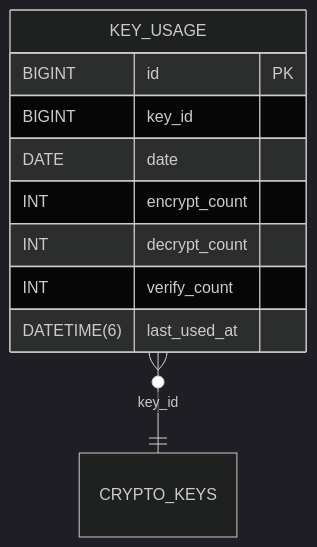
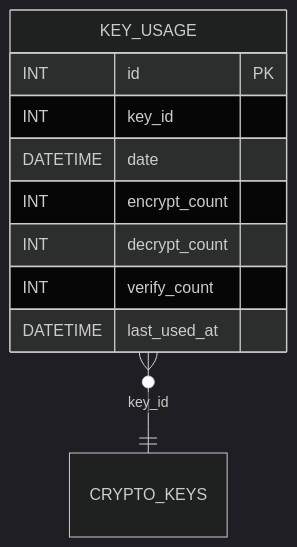
One commit to blackcatdatabase/table-key-usage changed the diagram in README.md. Above: the diagram before and after it, drawn with Mermaid (dark theme). The commit also changed other lines of this file, not shown here.

Commit message:
chore(schema): add/update generated schema + README (umbrella sync)

````diff
--- a/README.md
+++ b/README.md
@@ -51,13 +51,13 @@
 ```mermaid
 erDiagram
   KEY_USAGE {
-    BIGINT id PK
-    BIGINT key_id
-    DATE date
+    INT id PK
+    INT key_id
+    DATETIME date
     INT encrypt_count
     INT decrypt_count
     INT verify_count
-    DATETIME(6) last_used_at
+    DATETIME last_used_at
   }
   KEY_USAGE }o--|| CRYPTO_KEYS : "key_id"
 ```
````
